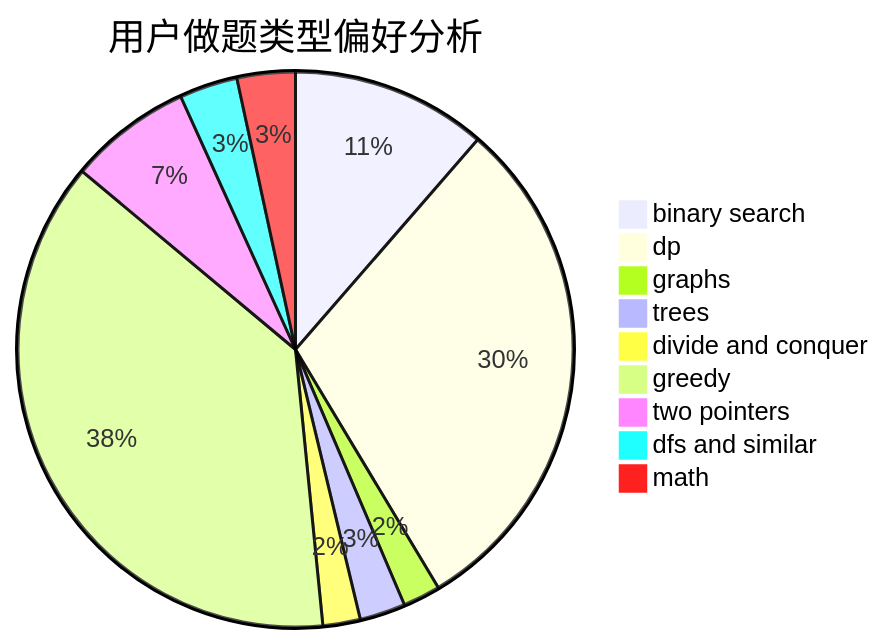
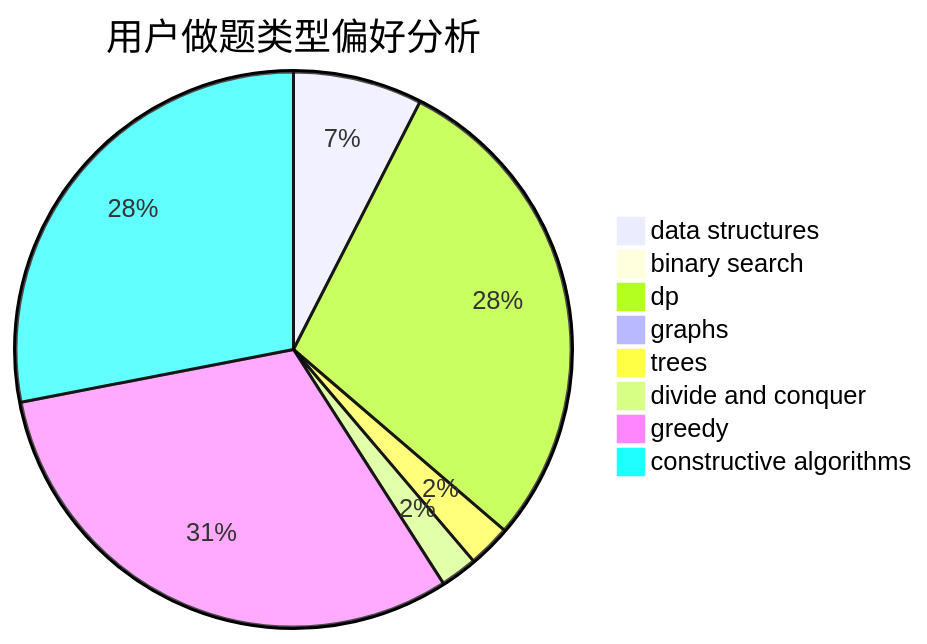
Before and after one commit to sherpahu/cfrs.github.io: the second of 3 diagrams in docs/user/u2546.md, drawn with Mermaid. The commit also changed other lines of this file and 2775 other files, not shown here.

````diff
--- a/docs/user/u2546.md
+++ b/docs/user/u2546.md
@@ -23,12 +23,11 @@
 ```mermaid
 pie title 用户做题类型偏好分析
-    "binary search" :  94
-    "dp" :  248
-    "graphs" :  18
-    "trees" :  22
+    "data structures" :  63
+    "binary search" :  4
+    "dp" :  241
+    "graphs" :  4
+    "trees" :  21
     "divide and conquer" :  18
-    "greedy" :  311
-    "two pointers" :  59
-    "dfs and similar" :  28
-    "math" :  28
+    "greedy" :  260
+    "constructive algorithms" :  235
 ```
````
